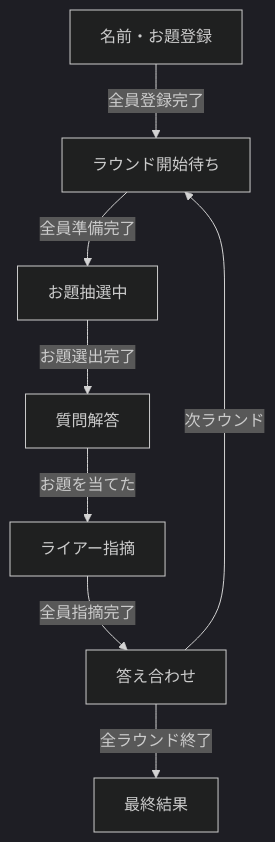
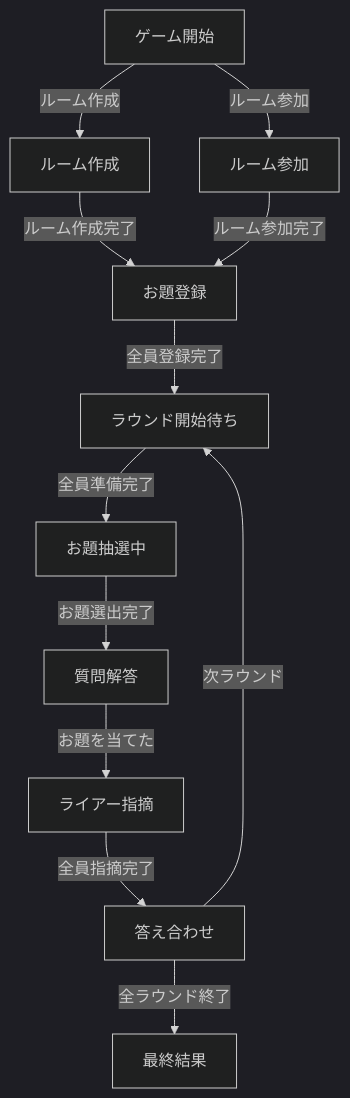
The diagram in specification.md (Freeesia/korenan), drawn with Mermaid (dark theme) before and after one commit. The commit also changed other lines of this file, not shown here.

````diff
--- a/specification.md
+++ b/specification.md
@@ -102,10 +124,14 @@
 ```mermaid
 graph TD
-  A[名前・お題登録] -->|全員登録完了| B[ラウンド開始待ち]
+  Start[ゲーム開始] -->|ルーム作成| RC[ルーム作成]
+  Start -->|ルーム参加| RJ[ルーム参加]
+  RC -->|ルーム作成完了| TR[お題登録]
+  RJ -->|ルーム参加完了| TR[お題登録]
+  TR -->|全員登録完了| B[ラウンド開始待ち]
   B -->|全員準備完了| G[お題抽選中]
   G -->|お題選出完了| C[質問解答]
   C -->|お題を当てた| D[ライアー指摘]
   D -->|全員指摘完了| E[答え合わせ]
   E -->|次ラウンド| B
   E -->|全ラウンド終了| F[最終結果]
 ```
````
